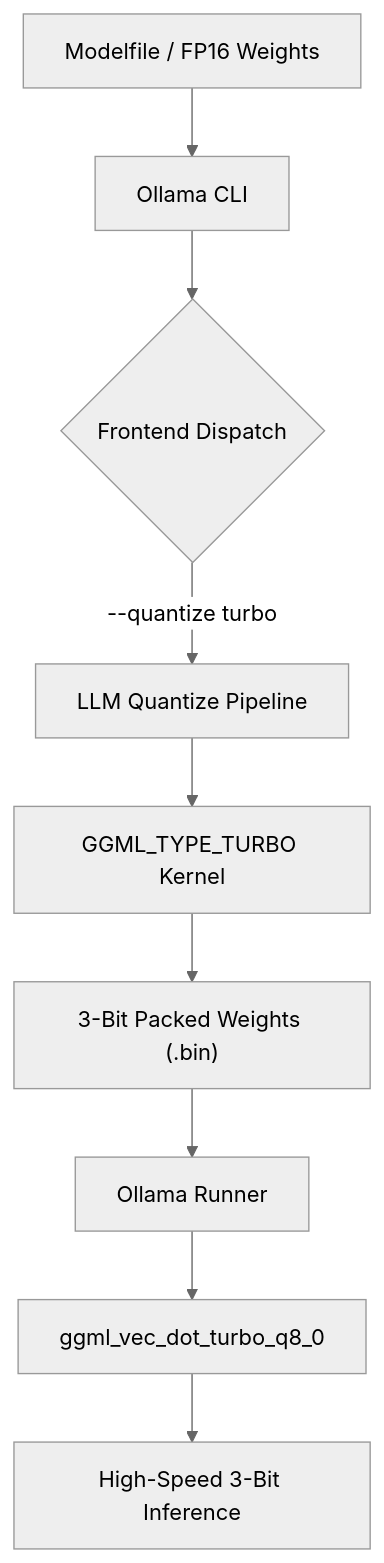
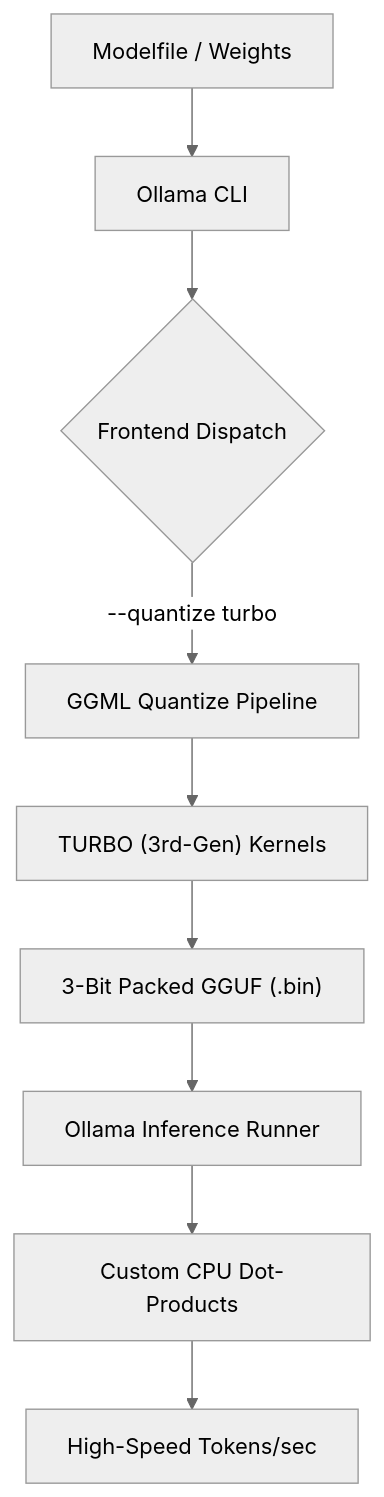
One commit to Lucien2468/Ollama-TurboQuant-Integration changed the diagram in README.md. Above: the diagram before and after it, drawn with Mermaid (neutral theme). The commit also changed other lines of this file and 3 other files, not shown here.

Commit message:
Incremental 3-bit TurboQuant refinements by Lucien Hu

````diff
--- a/README.md
+++ b/README.md
@@ -39,11 +39,11 @@
 ```mermaid
 graph TD
-    A["Modelfile / FP16 Weights"] --> B["Ollama CLI"]
+    A["Modelfile / Weights"] --> B["Ollama CLI"]
     B --> C{"Frontend Dispatch"}
-    C -- "--quantize turbo" --> D["LLM Quantize Pipeline"]
-    D --> E["GGML_TYPE_TURBO Kernel"]
-    E --> F["3-Bit Packed Weights (.bin)"]
-    F --> G["Ollama Runner"]
-    G --> H["ggml_vec_dot_turbo_q8_0"]
-    H --> I["High-Speed 3-Bit Inference"]
+    C -- "--quantize turbo" --> D["GGML Quantize Pipeline"]
+    D --> E["TURBO (3rd-Gen) Kernels"]
+    E --> F["3-Bit Packed GGUF (.bin)"]
+    F --> G["Ollama Inference Runner"]
+    G --> H["Custom CPU Dot-Products"]
+    H --> I["High-Speed Tokens/sec"]
 ```
````
